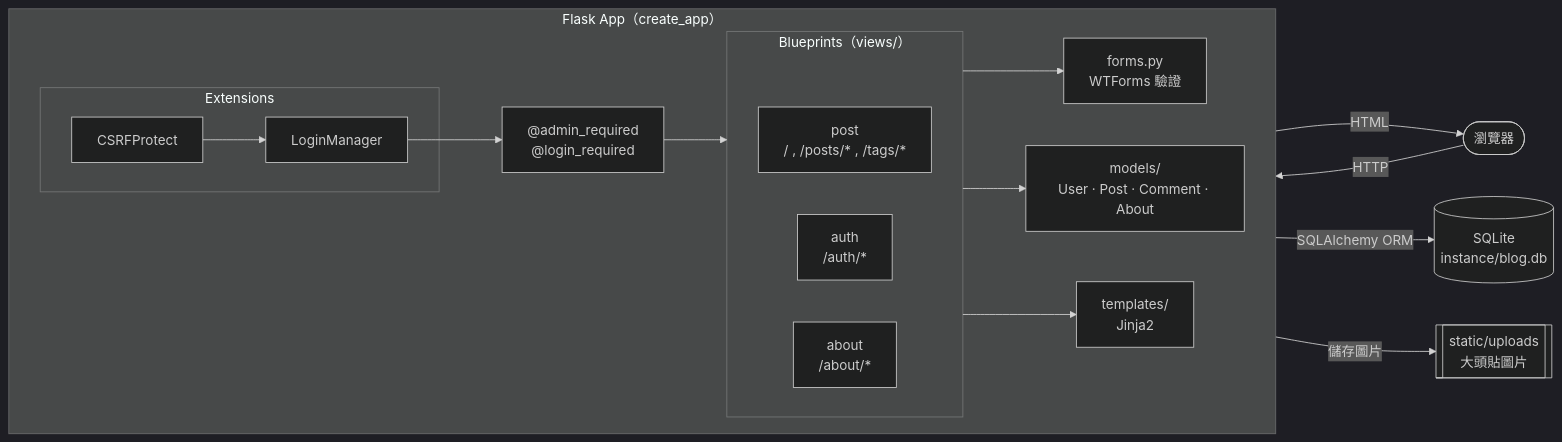
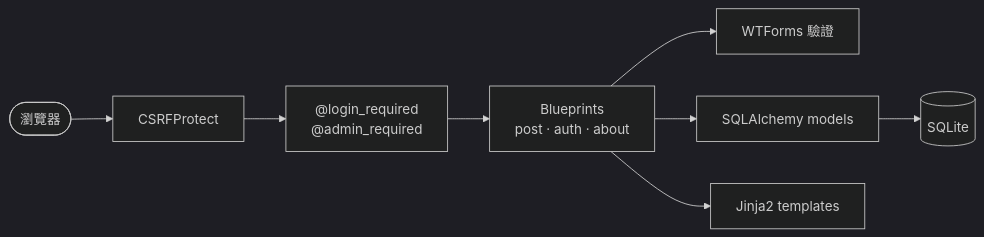
The first of 2 diagrams in README.md (q33566/Blog_FinalProject), drawn with Mermaid (dark theme) before and after one commit. The commit also changed other lines of this file and 31 other files, not shown here.

````diff
--- a/README.md
+++ b/README.md
@@ -132,31 +51,9 @@
 ```mermaid
 flowchart LR
-    Browser([瀏覽器])
-
-    subgraph Flask["Flask App（create_app）"]
-        direction LR
-        subgraph Ext["Extensions"]
-            CSRF[CSRFProtect]
-            Login[LoginManager]
-        end
-        subgraph BP["Blueprints（views/）"]
-            Post["post<br/>/ , /posts/* , /tags/*"]
-            Auth["auth<br/>/auth/*"]
-            About["about<br/>/about/*"]
-        end
-        Deco["@admin_required<br/>@login_required"]
-        Forms["forms.py<br/>WTForms 驗證"]
-        Models["models/<br/>User · Post · Comment · About"]
-        Tpl["templates/<br/>Jinja2"]
-    end
-
-    DB[(SQLite<br/>instance/blog.db)]
-    Uploads[["static/uploads<br/>大頭貼圖片"]]
-
-    Browser -- HTTP --> CSRF --> Login --> Deco --> BP
-    BP --> Forms
-    BP --> Models
-    BP --> Tpl -- HTML --> Browser
-    Models -- SQLAlchemy ORM --> DB
-    About -- 儲存圖片 --> Uploads
+    Browser([瀏覽器]) --> CSRF[CSRFProtect] --> Auth["@login_required<br/>@admin_required"]
+    Auth --> Views["Blueprints<br/>post · auth · about"]
+    Views --> Forms[WTForms 驗證]
+    Views --> Models[SQLAlchemy models]
+    Views --> Templates[Jinja2 templates]
+    Models --> DB[(SQLite)]
 ```
````
